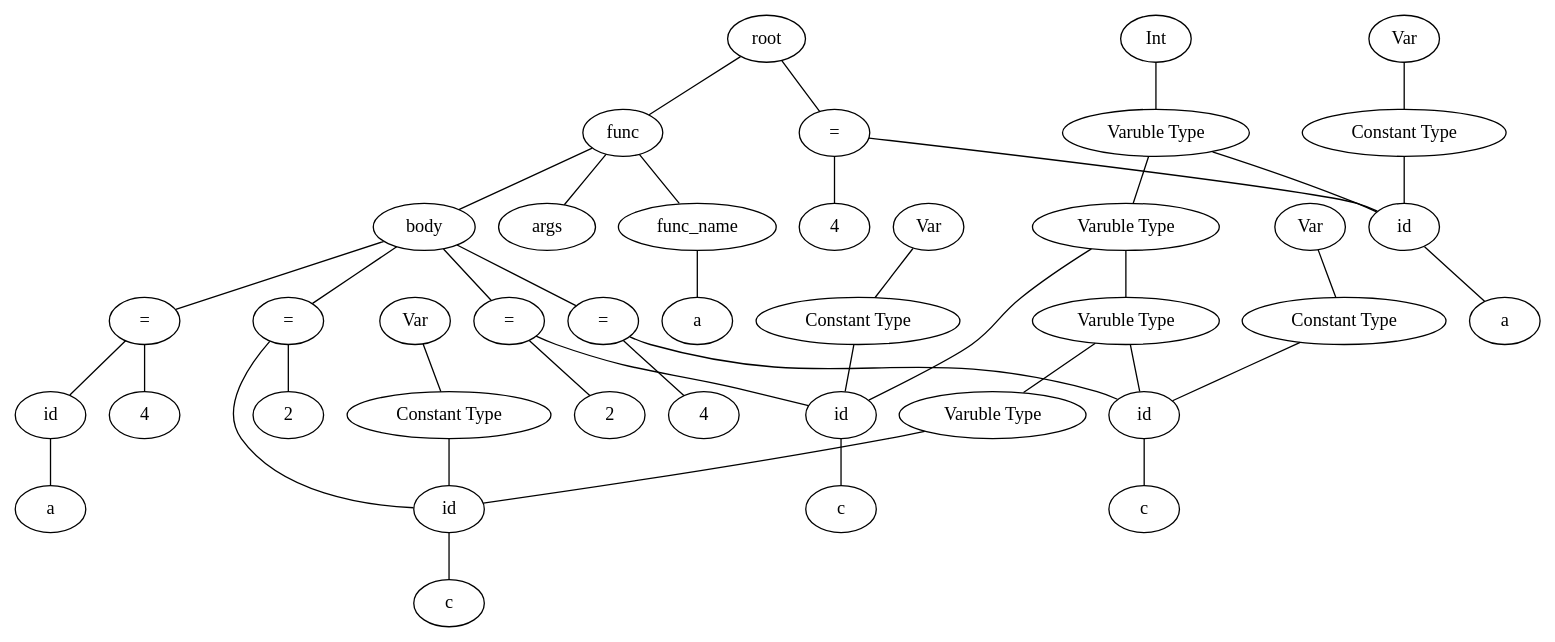
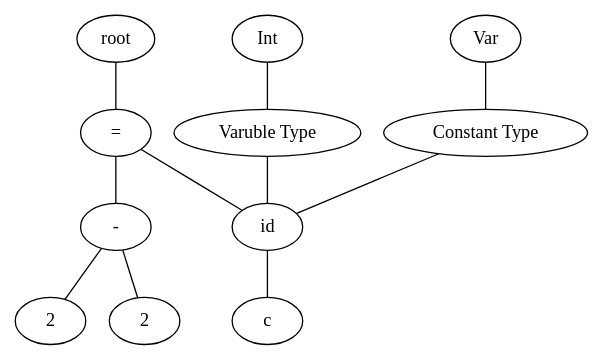
The diagram in build/file.dot (TAIIOK/SwiftCompilerToJavaByteCode), drawn with Graphviz before and after one commit. The commit also changed 8 other files, not shown here.

```diff
--- a/build/file.dot
+++ b/build/file.dot
@@ -1,85 +1,23 @@
 graph graphname {
 root;
-func0[label = "func"];
-root--func0;
-func0name[label = "func_name"];
-expr0[label = "a"];
-func0name--expr0;
-func0--func0name;
-func0args[label = " args "];
-func0 -- func0args;
-func0body[label = " body "];
-func0 -- func0body;
 assign0[label = "="];
-func0body--assign0;
-expr1[label = "id"];
-assign0--expr1;
+root--assign0;
+expr0[label = "id"];
+assign0--expr0;
 type0[label = "Varuble Type"];
-type0--expr1;
+type0--expr0;
 type1[label = "Int"];
 type1--type0;
 consttype0[label = "Constant Type"];
-consttype0--expr1;
+consttype0--expr0;
 consttype1[label = "Var"];
 consttype1--consttype0;
-expr2[label = "c"];
-expr1--expr2;
+expr1[label = "c"];
+expr0--expr1;
+expr2[label = "-"];
+assign0--expr2;
 expr3[label = "2"];
-assign0--expr3;
-assign1[label = "="];
-func0body--assign1;
-expr4[label = "id"];
-assign1--expr4;
-type1[label = "Varuble Type"];
-type1--expr4;
-type2[label = "Int"];
-type2--type1;
-consttype2[label = "Constant Type"];
-consttype2--expr4;
-consttype3[label = "Var"];
-consttype3--consttype2;
-expr5[label = "c"];
-expr4--expr5;
-expr6[label = "4"];
-assign1--expr6;
-assign2[label = "="];
-func0body--assign2;
-expr7[label = "id"];
-assign2--expr7;
-type2[label = "Varuble Type"];
-type2--expr7;
-type3[label = "Int"];
-type3--type2;
-consttype4[label = "Constant Type"];
-consttype4--expr7;
-consttype5[label = "Var"];
-consttype5--consttype4;
-expr8[label = "c"];
-expr7--expr8;
-expr9[label = "2"];
-assign2--expr9;
-assign3[label = "="];
-func0body--assign3;
-expr10[label = "id"];
-assign3--expr10;
-expr11[label = "a"];
-expr10--expr11;
-expr12[label = "4"];
-assign3--expr12;
-assign4[label = "="];
-root--assign4;
-expr13[label = "id"];
-assign4--expr13;
-type3[label = "Varuble Type"];
-type3--expr13;
-type4[label = "Int"];
-type4--type3;
-consttype6[label = "Constant Type"];
-consttype6--expr13;
-consttype7[label = "Var"];
-consttype7--consttype6;
-expr14[label = "a"];
-expr13--expr14;
-expr15[label = "4"];
-assign4--expr15;
+expr2--expr3;
+expr4[label = "2"];
+expr2--expr4;
 }
```
